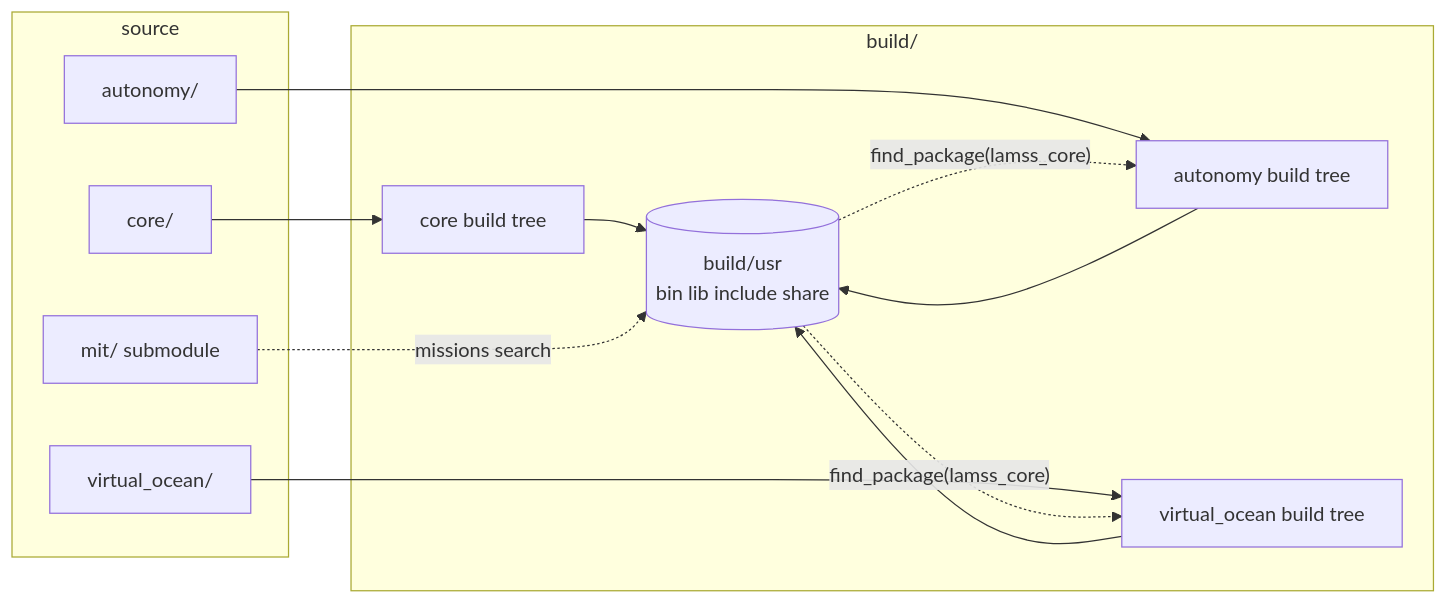
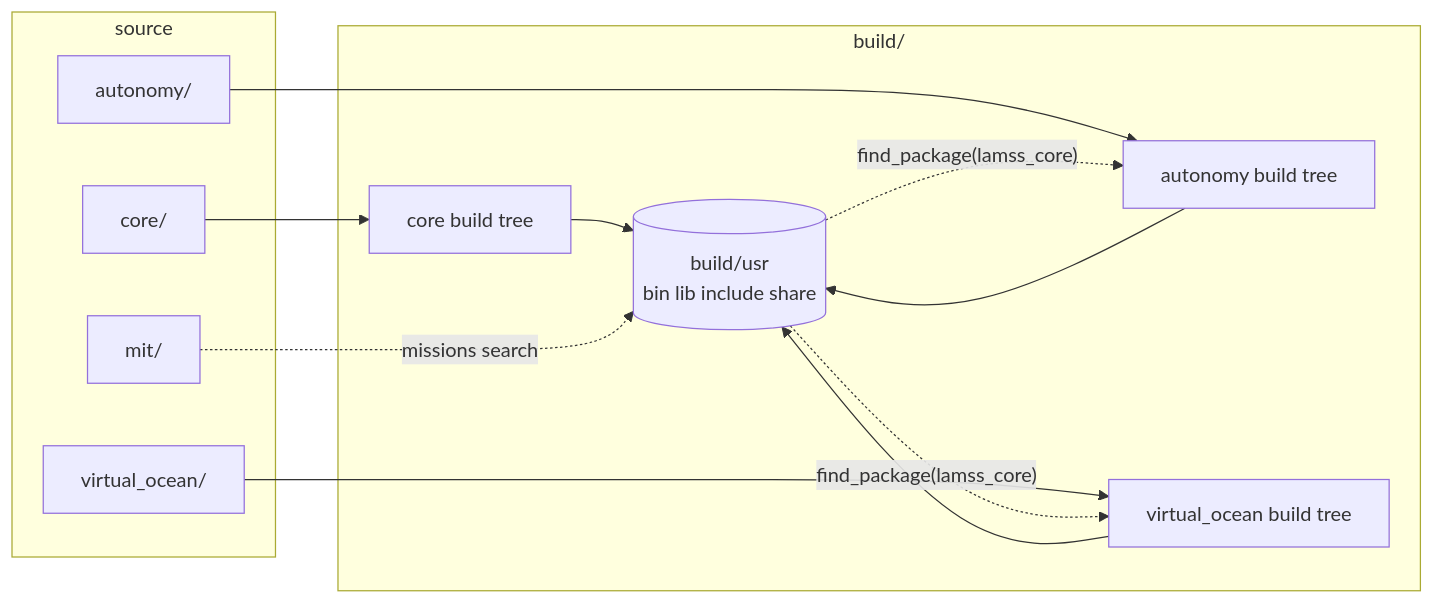
The first of 2 diagrams in core/src/doc/plan/claude/02-repository-layout-and-build.md (GobySoft/lamss3), drawn with Mermaid before and after one commit. The commit also changed other lines of this file and 10 other files, not shown here.

````diff
--- a/core/src/doc/plan/claude/02-repository-layout-and-build.md
+++ b/core/src/doc/plan/claude/02-repository-layout-and-build.md
@@ -53,21 +53,21 @@
 ```mermaid
 flowchart LR
   subgraph src [source]
     core_s[core/]
     auto_s[autonomy/]
     vo_s[virtual_ocean/]
-    mit_s[mit/ submodule]
+    mit_s[mit/]
   end
   subgraph build [build/]
     core_b[core build tree]
     auto_b[autonomy build tree]
     vo_b[virtual_ocean build tree]
     usr[(build/usr<br/>bin lib include share)]
   end
   core_s --> core_b --> usr
   auto_s --> auto_b --> usr
   vo_s --> vo_b --> usr
   usr -. find_package(lamss_core) .-> auto_b
   usr -. find_package(lamss_core) .-> vo_b
   mit_s -. missions search .-> usr
 ```
````
